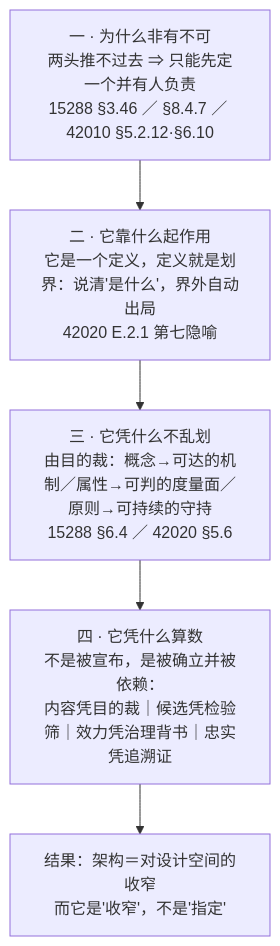
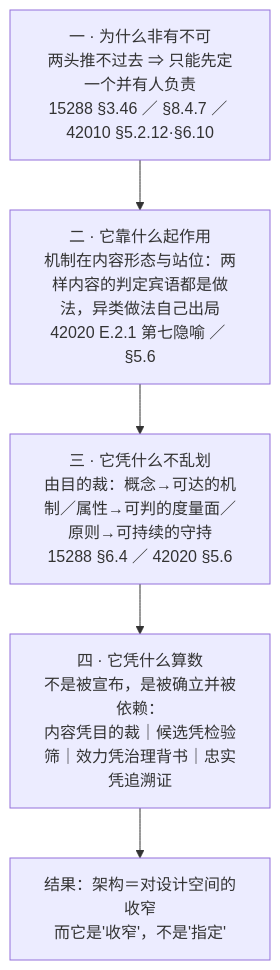
One commit to Yongjunzhou/AOS-system-design changed the first of 9 diagrams in 100-subprojects/01-系统工程研究/00-系统工程相关研究报告/35-架构定义与视图设计研究报告-从意义目的到产品数据与四案例.md. Above: the diagram before and after it, drawn with Mermaid. The commit also changed other lines of this file and 4 other files, not shown here.

````diff
--- a/100-subprojects/01-系统工程研究/00-系统工程相关研究报告/35-架构定义与视图设计研究报告-从意义目的到产品数据与四案例.md
+++ b/100-subprojects/01-系统工程研究/00-系统工程相关研究报告/35-架构定义与视图设计研究报告-从意义目的到产品数据与四案例.md
@@ -113,7 +114,7 @@
 ```mermaid
 flowchart TD
-    A["一 · 为什么非有不可<br/>两头推不过去 ⇒ 只能先定一个并有人负责<br/>15288 §3.46 ／ §8.4.7 ／ 42010 §5.2.12·§6.10"] --> B["二 · 它靠什么起作用<br/>它是一个定义，定义就是划界：说清'是什么'，界外自动出局<br/>42020 E.2.1 第七隐喻"]
+    A["一 · 为什么非有不可<br/>两头推不过去 ⇒ 只能先定一个并有人负责<br/>15288 §3.46 ／ §8.4.7 ／ 42010 §5.2.12·§6.10"] --> B["二 · 它靠什么起作用<br/>机制在内容形态与站位：两样内容的判定宾语都是做法，异类做法自己出局<br/>42020 E.2.1 第七隐喻 ／ §5.6"]
     B --> C["三 · 它凭什么不乱划<br/>由目的裁：概念→可达的机制／属性→可判的度量面／原则→可持续的守持<br/>15288 §6.4 ／ 42020 §5.6"]
     C --> D["四 · 它凭什么算数<br/>不是被宣布，是被确立并被依赖：<br/>内容凭目的裁｜候选凭检验筛｜效力凭治理背书｜忠实凭追溯证"]
     D --> E["结果：架构＝对设计空间的收窄<br/>而它是'收窄'，不是'指定'"]
 ```
````
